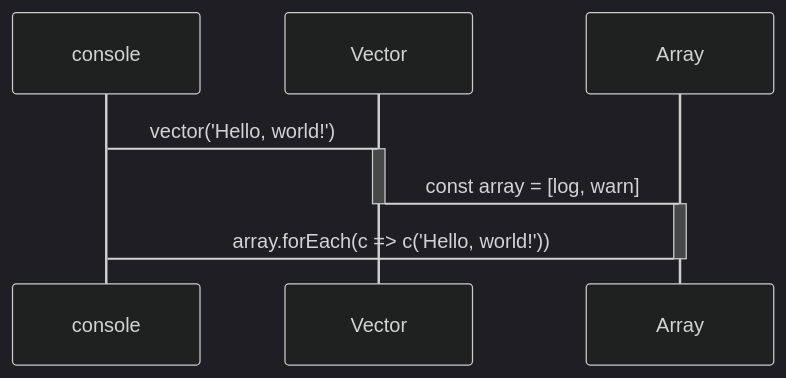
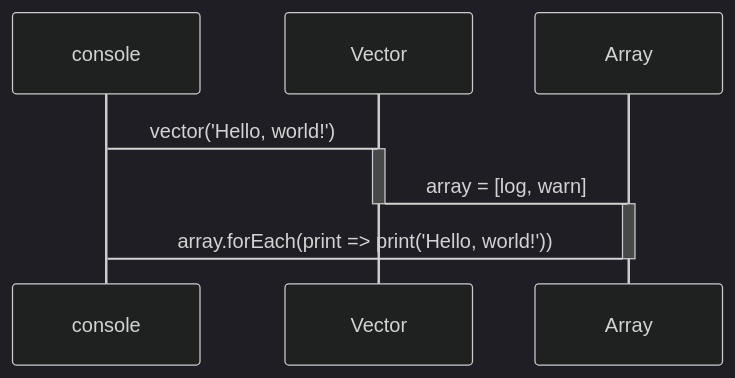
Before and after one commit to domrally/peekeasy: the third of 4 diagrams in README.md, drawn with Mermaid (dark theme). The commit also changed other lines of this file, not shown here.

````diff
--- a/README.md
+++ b/README.md
@@ -102,10 +102,10 @@
 ```mermaid
 sequenceDiagram
     console->Vector: vector('Hello, world!')
     activate Vector
-    Vector->Array: const array = [log, warn]
+    Vector->Array: array = [log, warn]
     deactivate Vector
     activate Array
-    Array->console: array.forEach(c => c('Hello, world!'))
+    Array->console: array.forEach(print => print('Hello, world!'))
     deactivate Array
 ```
````
